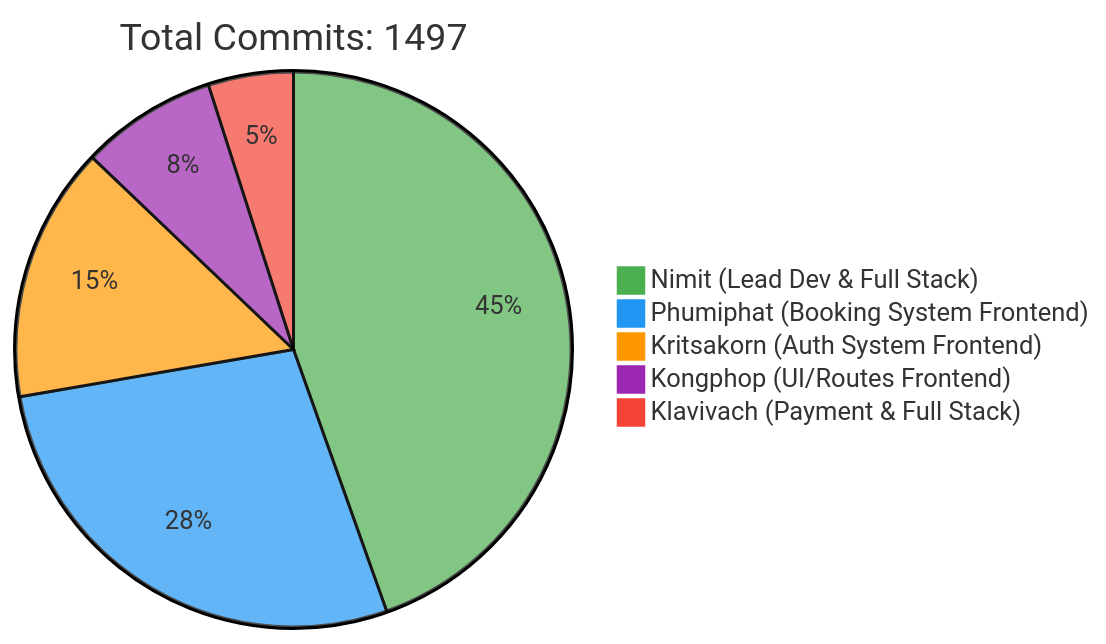
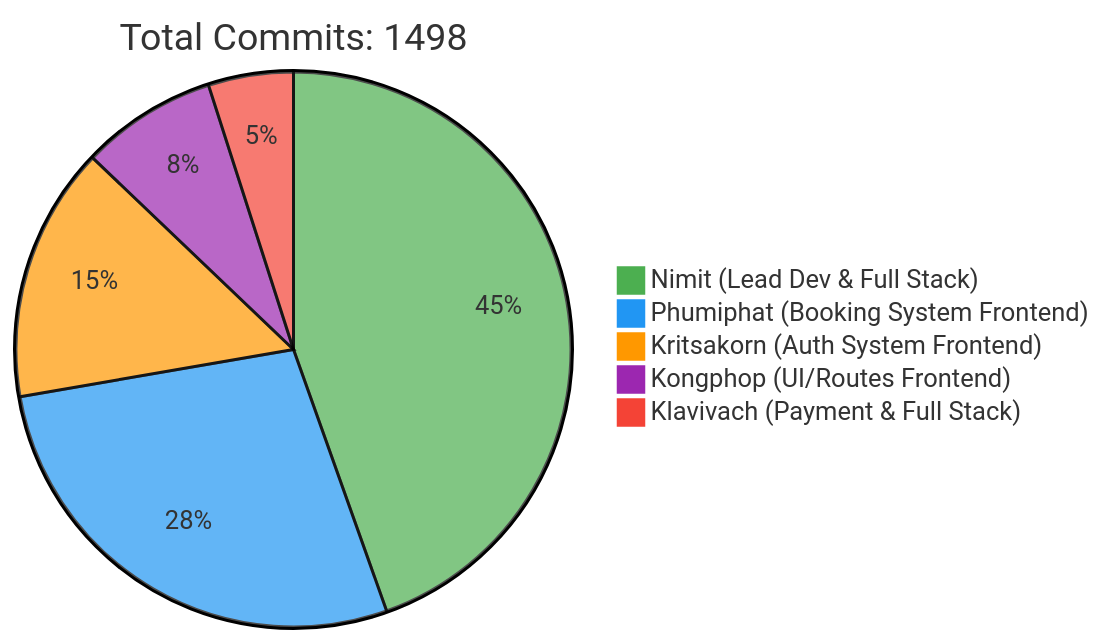
The first of 2 diagrams in README.md (6531503042/Sport-Complex), drawn with Mermaid before and after one commit. The commit also changed other lines of this file, not shown here.

Commit message:
docs: Update contributor statistics [skip ci]

````diff
--- a/README.md
+++ b/README.md
@@ -257,10 +257,10 @@
 ```mermaid
 %%{init: {'theme': 'base', 'themeVariables': { 'pie1': '#4CAF50', 'pie2': '#2196F3', 'pie3': '#FF9800', 'pie4': '#9C27B0', 'pie5': '#F44336'}}}%%
 pie
-    title Total Commits: 1497
+    title Total Commits: 1498
     "Nimit (Lead Dev & Full Stack)" : 450
     "Phumiphat (Booking System Frontend)" : 280
     "Kritsakorn (Auth System Frontend)" : 150
     "Kongphop (UI/Routes Frontend)" : 80
     "Klavivach (Payment & Full Stack)" : 50
 ```
````
